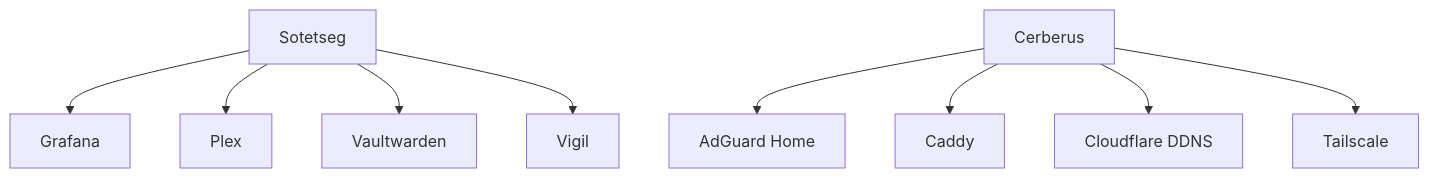
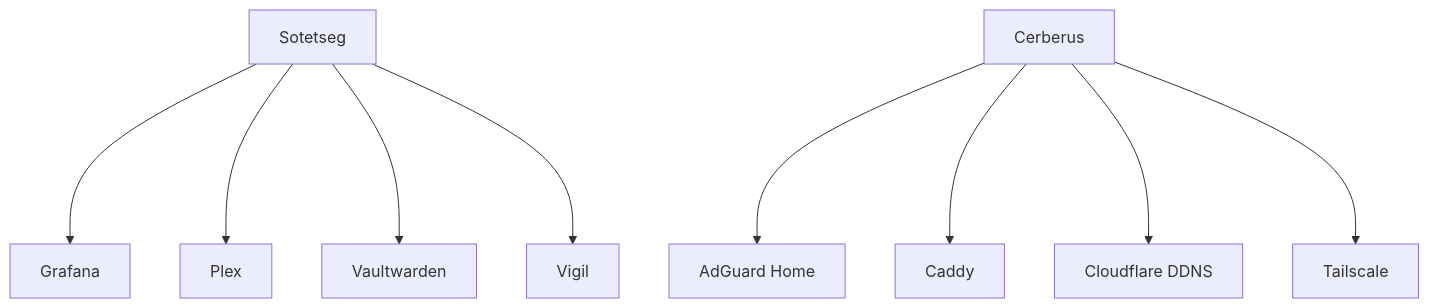
The diagram in README.md (evaan/homelab), drawn with Mermaid before and after one commit.

Commit message:
hopefully make readme better

````diff
--- a/README.md
+++ b/README.md
@@ -6,15 +6,20 @@
 ```mermaid
+---
+config:
+  flowchart:
+    rankSpacing: 180
+---
 flowchart TB
     sotetseg["Sotetseg"]
     cerberus["Cerberus"]
 
     sotetseg --> grafana["Grafana"]
     sotetseg --> plex["Plex"]
     sotetseg --> vaultwarden["Vaultwarden"]
     sotetseg --> vigil["Vigil"]
 
     cerberus --> adguard["AdGuard Home"]
     cerberus --> caddy["Caddy"]
     cerberus --> ddns["Cloudflare DDNS"]
     cerberus --> tailscale["Tailscale"]
 ```
````
